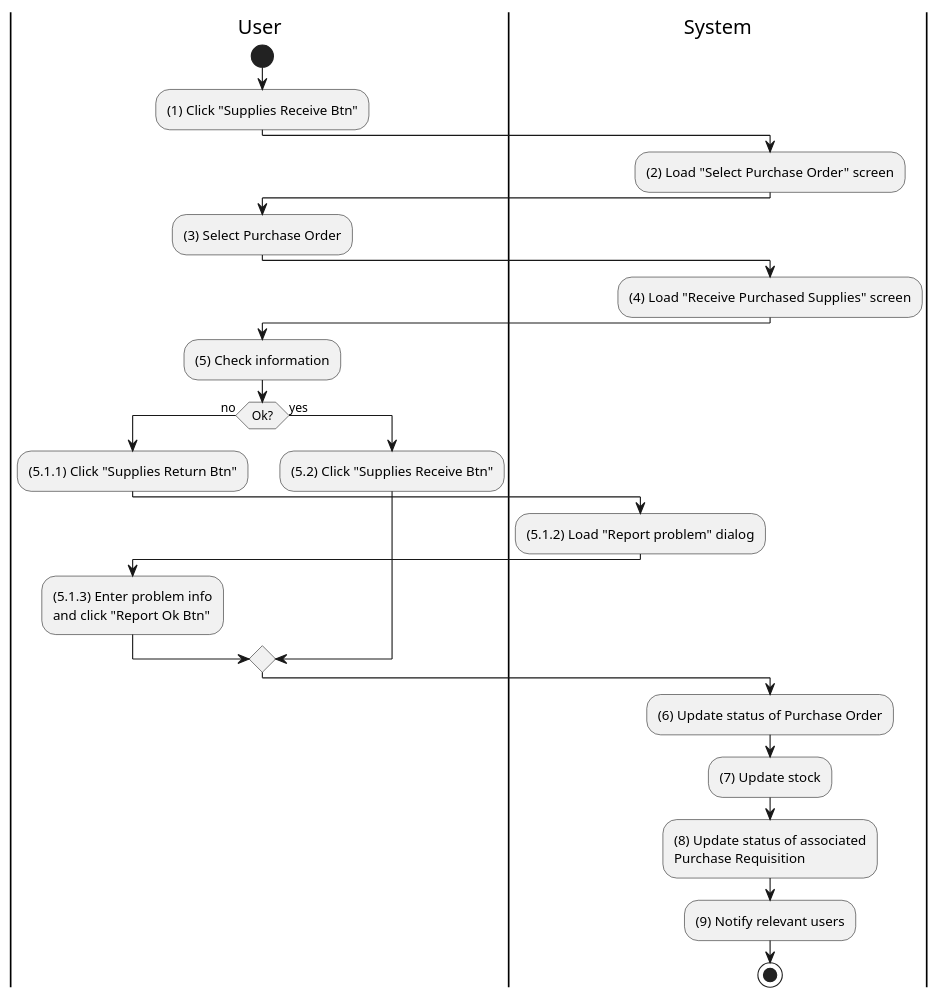
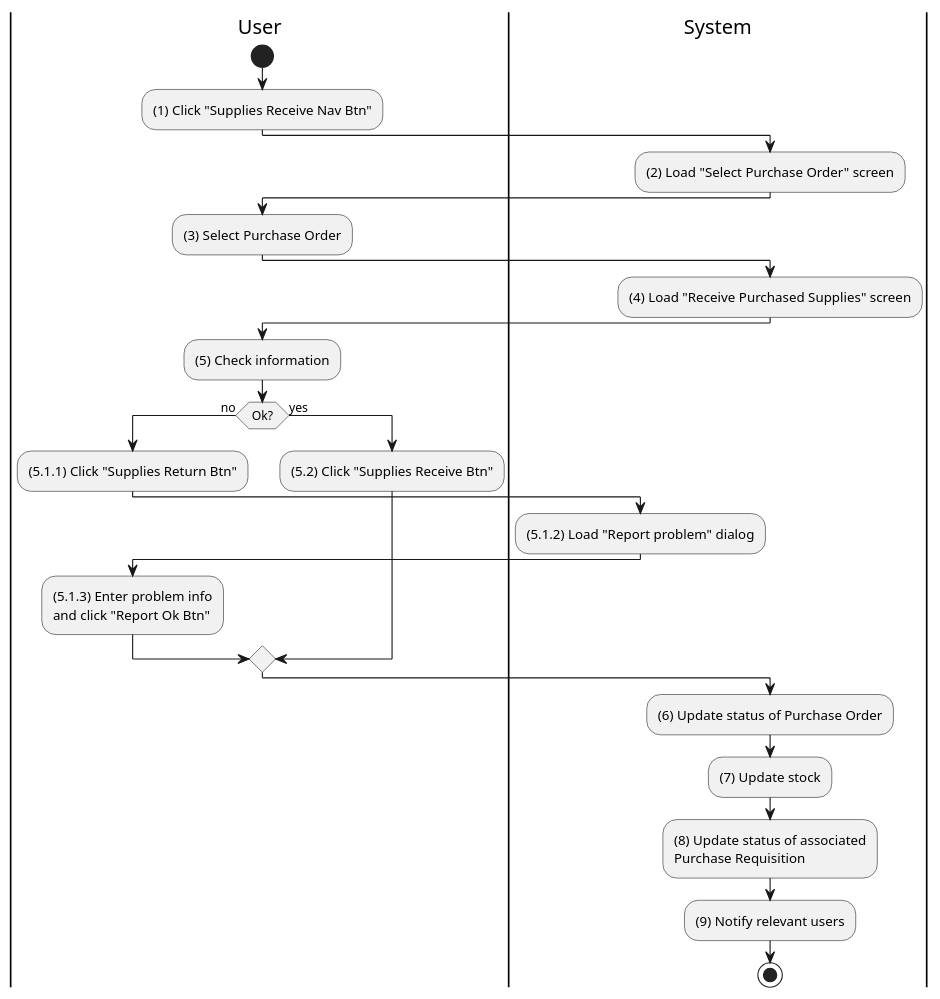
Before and after one commit to phihungha/scmss-reqs: the diagram in activities/inventory-supply-receive.plantuml, drawn with PlantUML. The commit also changed 9 other files, not shown here.

```diff
--- a/activities/inventory-supply-receive.plantuml
+++ b/activities/inventory-supply-receive.plantuml
@@ -1,41 +1,41 @@
 @startuml inventory-supply-receive
 |u|User
 |s|System
 
 |u|
 start
-:(1) Click "Supplies Receive Btn";
+:(1) Click "Supplies Receive Nav Btn";
 
 |s|
 :(2) Load "Select Purchase Order" screen;
 
 |u|
 :(3) Select Purchase Order;
 
 |s|
 :(4) Load "Receive Purchased Supplies" screen;
 
 |u|
 :(5) Check information;
 
 if (Ok?) then (no)
     |u|
     :(5.1.1) Click "Supplies Return Btn";
 
     |s|
     :(5.1.2) Load "Report problem" dialog;
 
     |u|
     :(5.1.3) Enter problem info\nand click "Report Ok Btn";
 else (yes)
     |u|
     :(5.2) Click "Supplies Receive Btn";
 endif
 
 |s|
 :(6) Update status of Purchase Order;
 :(7) Update stock;
 :(8) Update status of associated\nPurchase Requisition;
 :(9) Notify relevant users;
 stop
 @enduml
```
